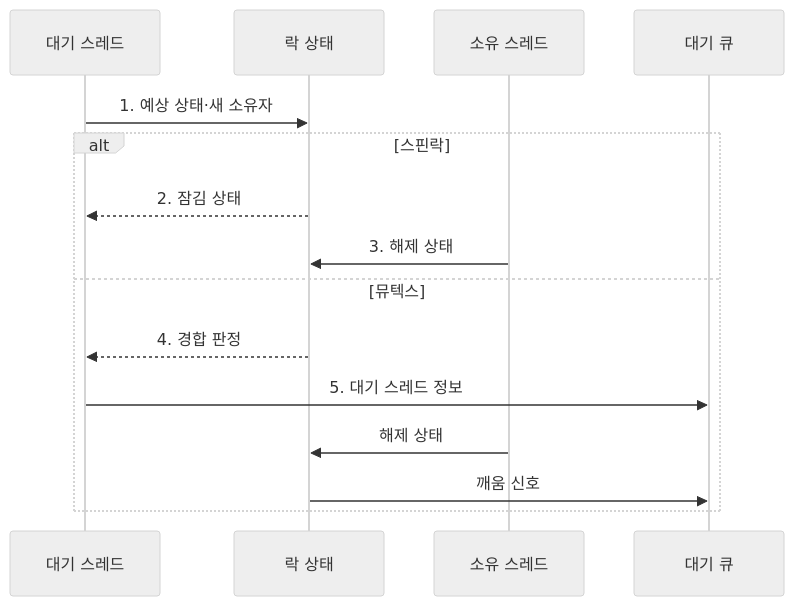
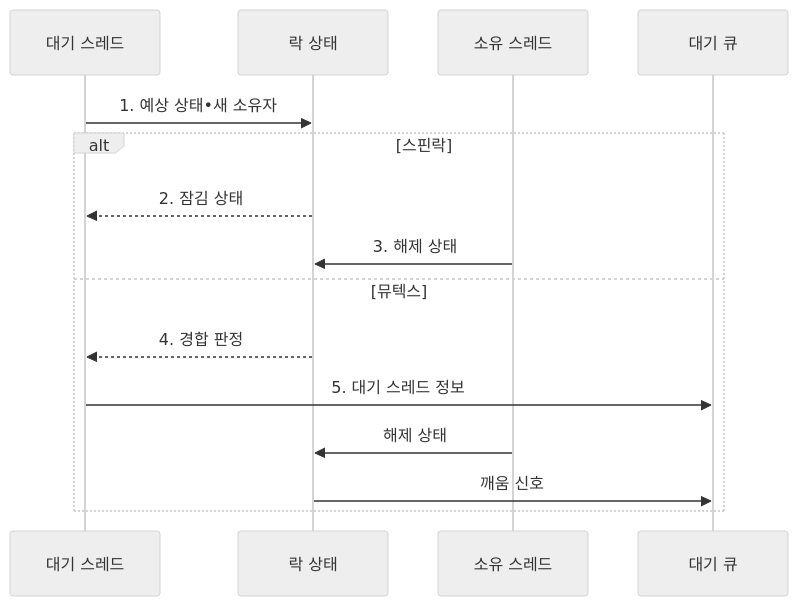
One commit to agnusdei1207/knowledge-base changed the second of 2 diagrams in src/content/docs/notes/03-software/013_spinlock_vs_mutex.md. Above: the diagram before and after it, drawn with Mermaid (neutral theme). The commit also changed other lines of this file and 953 other files, not shown here.

````diff
--- a/src/content/docs/notes/03-software/013_spinlock_vs_mutex.md
+++ b/src/content/docs/notes/03-software/013_spinlock_vs_mutex.md
@@ -106,17 +106,17 @@
 ```mermaid
 sequenceDiagram
     participant W as 대기 스레드
     participant L as 락 상태
     participant O as 소유 스레드
     participant Q as 대기 큐
-    W->>L: 1. 예상 상태·새 소유자
+    W->>L: 1. 예상 상태•새 소유자
     alt 스핀락
         L-->>W: 2. 잠김 상태
         O->>L: 3. 해제 상태
     else 뮤텍스
         L-->>W: 4. 경합 판정
         W->>Q: 5. 대기 스레드 정보
         O->>L: 해제 상태
         L->>Q: 깨움 신호
     end
 ```
````
